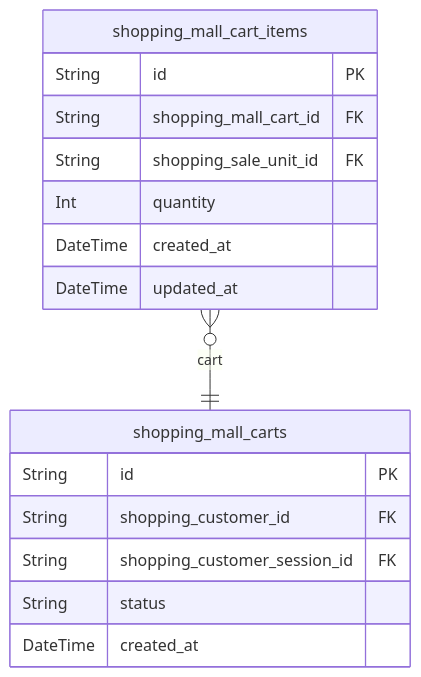
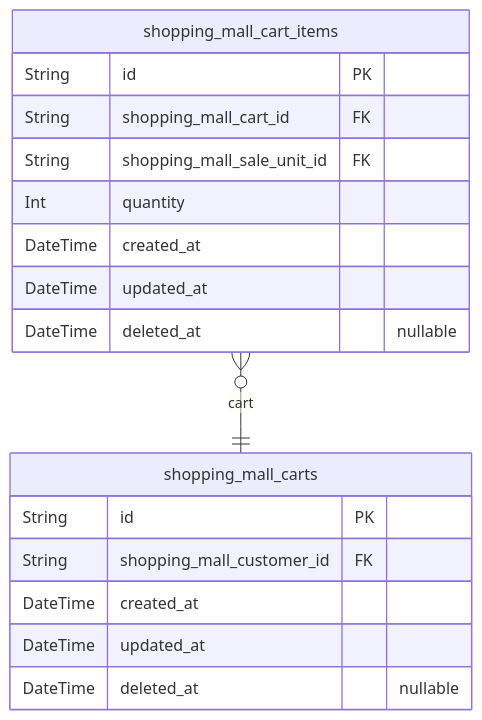
One commit to wrtnlabs/autobe-examples changed the fourth of 10 diagrams in mistralai/codestral-2508/shopping/docs/ERD.md. Above: the diagram before and after it, drawn with Mermaid. The commit also changed other lines of this file and 7173 other files, not shown here.

````diff
--- a/mistralai/codestral-2508/shopping/docs/ERD.md
+++ b/mistralai/codestral-2508/shopping/docs/ERD.md
@@ -511,19 +516,20 @@
 ```mermaid
 erDiagram
 "shopping_mall_carts" {
   String id PK
-  String shopping_customer_id FK
-  String shopping_customer_session_id FK
-  String status
+  String shopping_mall_customer_id FK
   DateTime created_at
+  DateTime updated_at
+  DateTime deleted_at "nullable"
 }
 "shopping_mall_cart_items" {
   String id PK
   String shopping_mall_cart_id FK
-  String shopping_sale_unit_id FK
+  String shopping_mall_sale_unit_id FK
   Int quantity
   DateTime created_at
   DateTime updated_at
+  DateTime deleted_at "nullable"
 }
 "shopping_mall_cart_items" }o--|| "shopping_mall_carts" : cart
 ```
````
